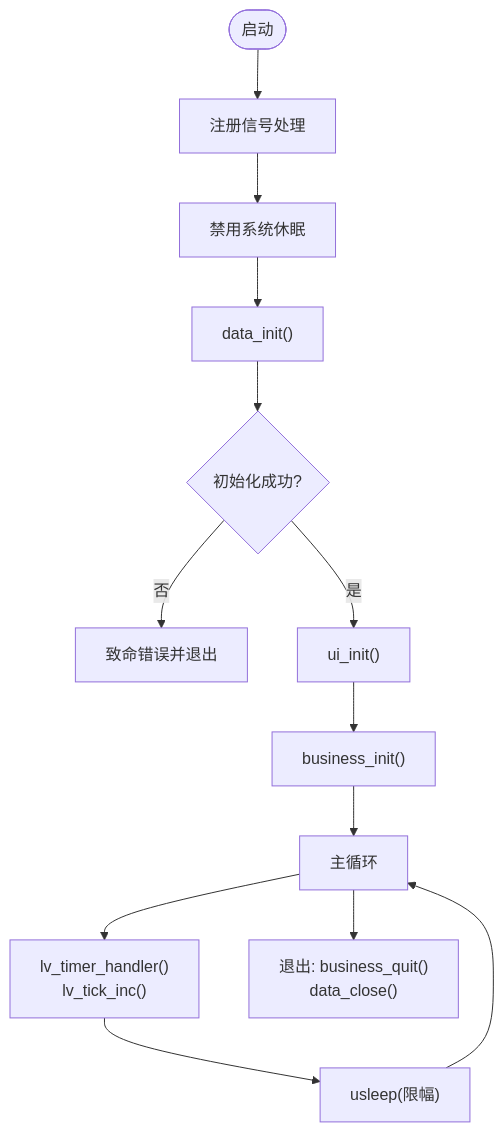
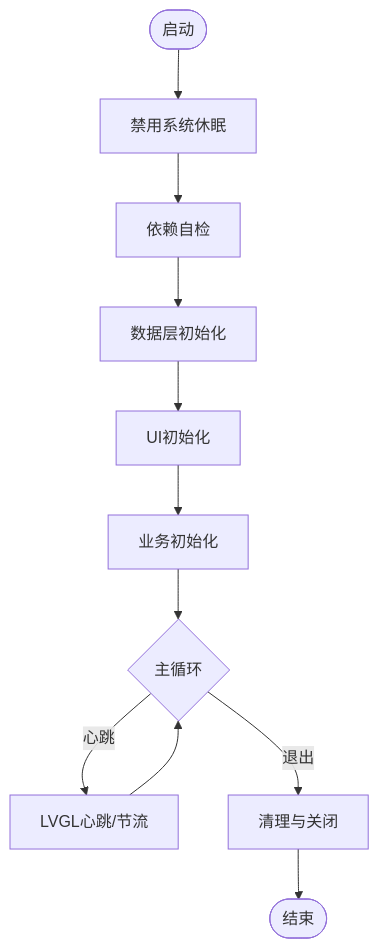
The third of 5 diagrams in .qoder/repowiki/zh/content/故障排除.md (Drunk552/SmartAttendance), drawn with Mermaid before and after one commit. The commit also changed other lines of this file and 119 other files, not shown here.

````diff
--- a/.qoder/repowiki/zh/content/故障排除.md
+++ b/.qoder/repowiki/zh/content/故障排除.md
@@ -116,15 +114,13 @@
 ```mermaid
 flowchart TD
-Start(["启动"]) --> Sig["注册信号处理"]
-Sig --> Screensaver["禁用系统休眠"]
-Screensaver --> InitData["data_init()"]
-InitData --> OkData{"初始化成功?"}
-OkData --> |否| Fatal["致命错误并退出"]
-OkData --> |是| InitUI["ui_init()"]
-InitUI --> InitBiz["business_init()"]
-InitBiz --> Loop["主循环"]
-Loop --> Timer["lv_timer_handler()<br/>lv_tick_inc()"]
-Timer --> Sleep["usleep(限幅)"]
-Sleep --> Loop
-Loop --> Quit["退出: business_quit()<br/>data_close()"]
+Start(["启动"]) --> Screensaver["禁用系统休眠"]
+Screensaver --> CheckDeps["依赖自检"]
+CheckDeps --> DataInit["数据层初始化"]
+DataInit --> UIInit["UI初始化"]
+UIInit --> BizInit["业务初始化"]
+BizInit --> Loop{"主循环"}
+Loop --> |心跳| LVGLTick["LVGL心跳/节流"]
+LVGLTick --> Loop
+Loop --> |退出| Quit["清理与关闭"]
+Quit --> End(["结束"])
 ```
````
